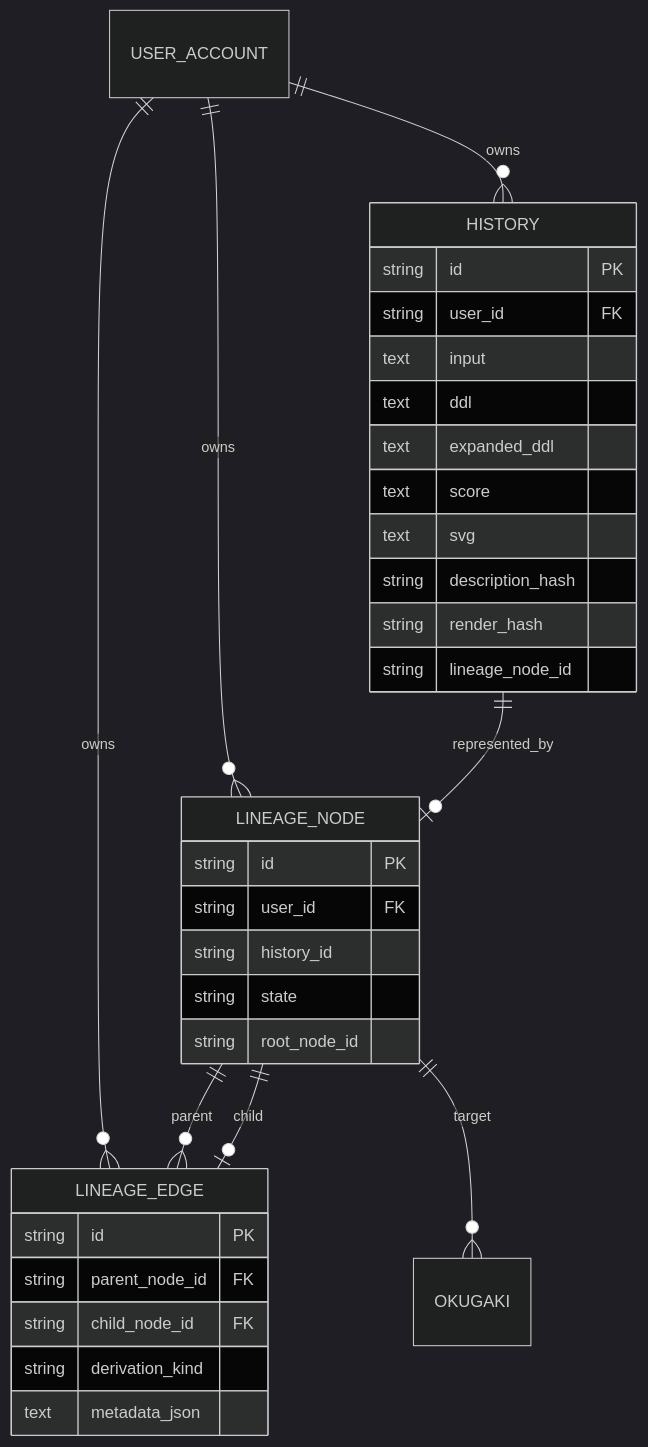
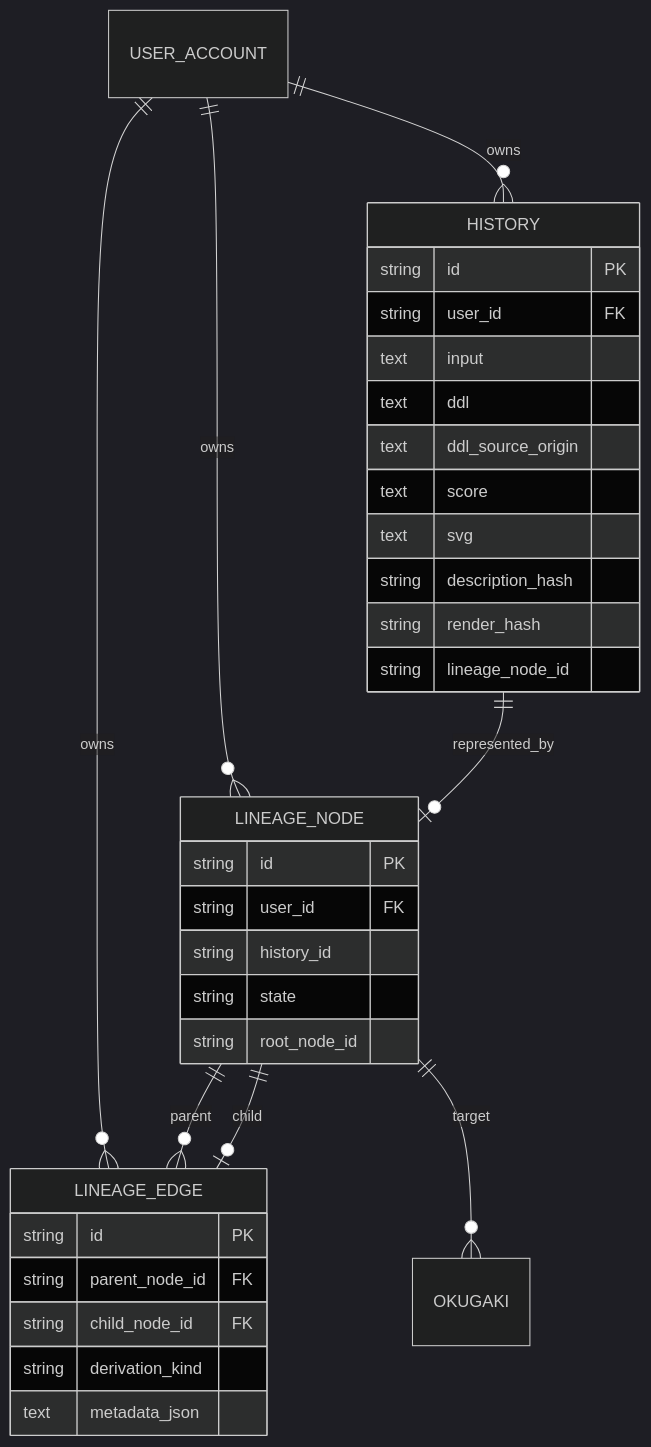
Before and after one commit to oikawas/inku-lang: the fifth of 5 diagrams in docs/architecture/data-history-lineage.md, drawn with Mermaid (dark theme). The commit also changed other lines of this file and 68 other files, not shown here.

````diff
--- a/docs/architecture/data-history-lineage.md
+++ b/docs/architecture/data-history-lineage.md
@@ -173,37 +173,37 @@
 ```mermaid
 erDiagram
     USER_ACCOUNT ||--o{ HISTORY : owns
     USER_ACCOUNT ||--o{ LINEAGE_NODE : owns
     USER_ACCOUNT ||--o{ LINEAGE_EDGE : owns
     HISTORY ||--o| LINEAGE_NODE : represented_by
     LINEAGE_NODE ||--o{ LINEAGE_EDGE : parent
     LINEAGE_NODE ||--o| LINEAGE_EDGE : child
     LINEAGE_NODE ||--o{ OKUGAKI : target
 
     HISTORY {
       string id PK
       string user_id FK
       text input
       text ddl
-      text expanded_ddl
+      text ddl_source_origin
       text score
       text svg
       string description_hash
       string render_hash
       string lineage_node_id
     }
     LINEAGE_NODE {
       string id PK
       string user_id FK
       string history_id
       string state
       string root_node_id
     }
     LINEAGE_EDGE {
       string id PK
       string parent_node_id FK
       string child_node_id FK
       string derivation_kind
       text metadata_json
     }
 ```
````
